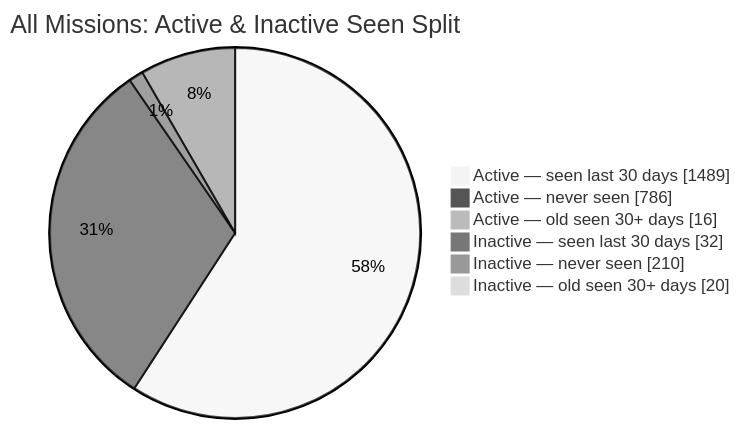
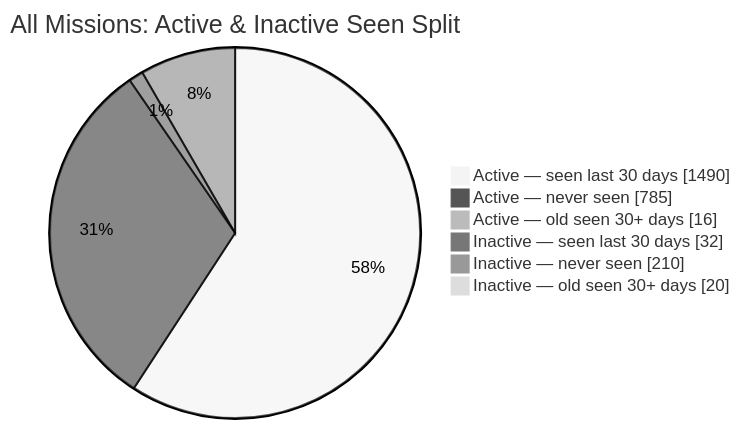
Before and after one commit to MeldkamerspelGameTeam/active-missions: the second of 2 diagrams in README.md, drawn with Mermaid (neutral theme). The commit also changed other lines of this file and 2 other files, not shown here.

````diff
--- a/README.md
+++ b/README.md
@@ -44,10 +44,10 @@
 ```mermaid
 pie showData
     title All Missions: Active & Inactive Seen Split
-    "Active — seen last 30 days" : 1489
-    "Active — never seen" : 786
+    "Active — seen last 30 days" : 1490
+    "Active — never seen" : 785
     "Active — old seen 30+ days" : 16
     "Inactive — seen last 30 days" : 32
     "Inactive — never seen" : 210
     "Inactive — old seen 30+ days" : 20
 ```
````
